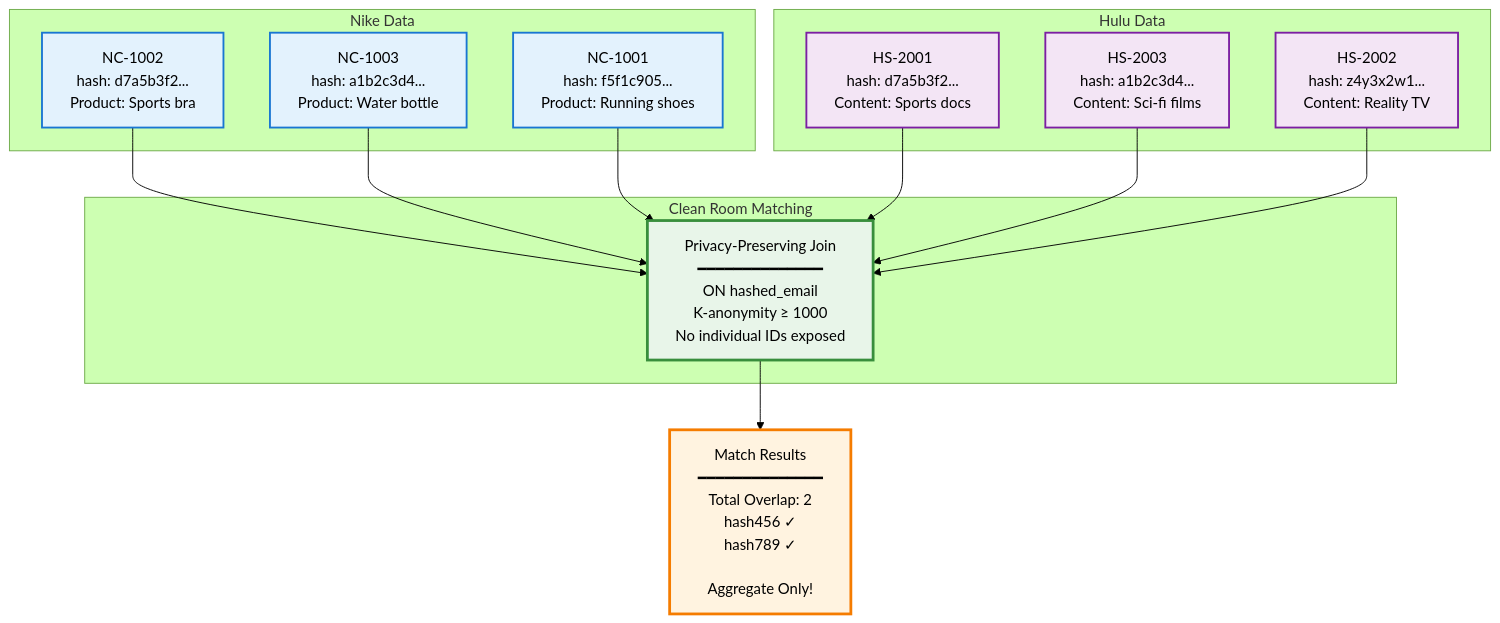
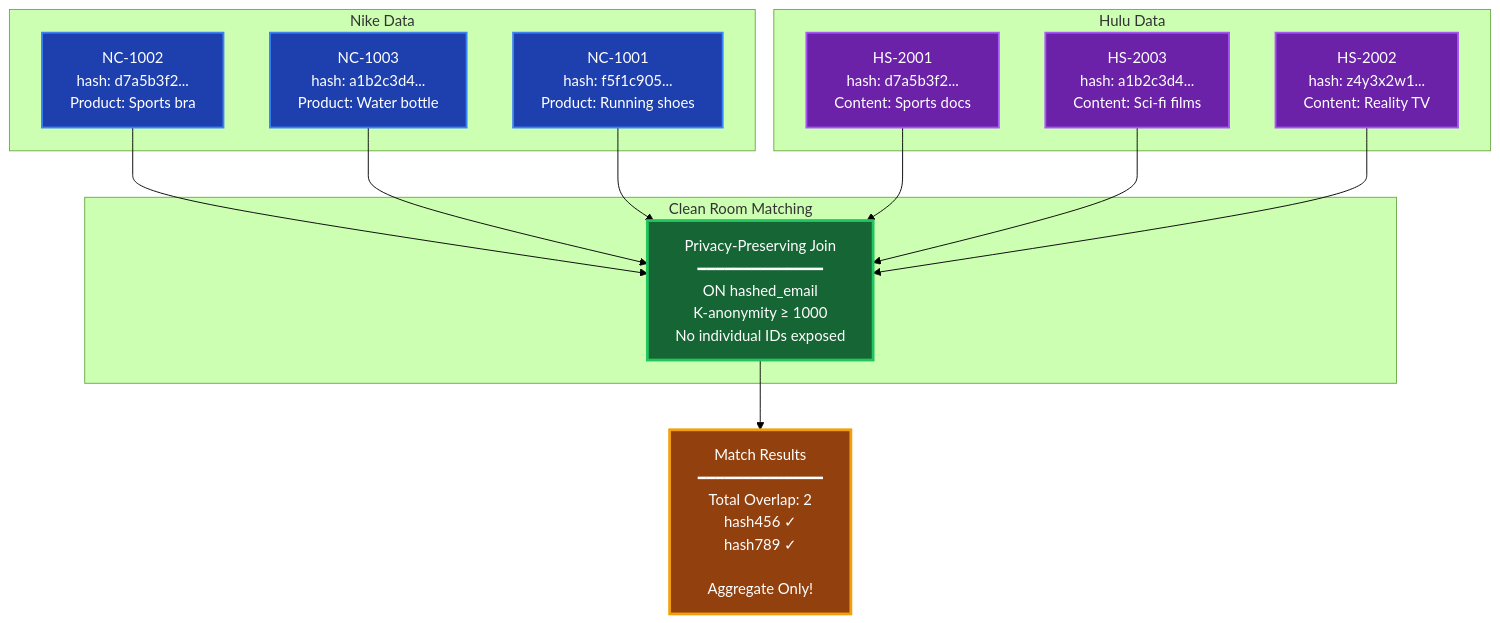
Before and after one commit to arupsarkar-sfdc/Misc: the fifth of 10 diagrams in data-cloud/clean-room/README_DataCloud_Clean_Room_Architecture.md, drawn with Mermaid (forest theme). The commit also changed other lines of this file and 4 other files, not shown here.

Commit message:
feat: addred segmentation logic and updated process diagrams and sequence diagram with dark mode colors and sequence steps

````diff
--- a/data-cloud/clean-room/README_DataCloud_Clean_Room_Architecture.md
+++ b/data-cloud/clean-room/README_DataCloud_Clean_Room_Architecture.md
@@ -161,36 +161,36 @@
 ```mermaid
 graph TB
     subgraph "Nike Data"
         N1["NC-1002<br/>hash: d7a5b3f2...<br/>Product: Sports bra"]
         N2["NC-1003<br/>hash: a1b2c3d4...<br/>Product: Water bottle"]
         N3["NC-1001<br/>hash: f5f1c905...<br/>Product: Running shoes"]
     end
     
     subgraph "Clean Room Matching"
         MATCH["Privacy-Preserving Join<br/>━━━━━━━━━━━━━━<br/>ON hashed_email<br/>K-anonymity ≥ 1000<br/>No individual IDs exposed"]
     end
     
     subgraph "Hulu Data"
         H1["HS-2001<br/>hash: d7a5b3f2...<br/>Content: Sports docs"]
         H2["HS-2003<br/>hash: a1b2c3d4...<br/>Content: Sci-fi films"]
         H3["HS-2002<br/>hash: z4y3x2w1...<br/>Content: Reality TV"]
     end
     
     N1 --> MATCH
     N2 --> MATCH
     N3 --> MATCH
     H1 --> MATCH
     H2 --> MATCH
     H3 --> MATCH
     
     MATCH --> RESULT["Match Results<br/>━━━━━━━━━━━━━━<br/>Total Overlap: 2<br/>hash456 ✓<br/>hash789 ✓<br/><br/>Aggregate Only!"]
     
-    style N1 fill:#e3f2fd,stroke:#1976d2,stroke-width:2px
-    style N2 fill:#e3f2fd,stroke:#1976d2,stroke-width:2px
-    style N3 fill:#e3f2fd,stroke:#1976d2,stroke-width:2px
-    style H1 fill:#f3e5f5,stroke:#7b1fa2,stroke-width:2px
-    style H2 fill:#f3e5f5,stroke:#7b1fa2,stroke-width:2px
-    style H3 fill:#f3e5f5,stroke:#7b1fa2,stroke-width:2px
-    style MATCH fill:#e8f5e9,stroke:#388e3c,stroke-width:3px
-    style RESULT fill:#fff3e0,stroke:#f57c00,stroke-width:3px
+    style N1 fill:#1e40af,stroke:#3b82f6,stroke-width:2px,color:#ffffff
+    style N2 fill:#1e40af,stroke:#3b82f6,stroke-width:2px,color:#ffffff
+    style N3 fill:#1e40af,stroke:#3b82f6,stroke-width:2px,color:#ffffff
+    style H1 fill:#6b21a8,stroke:#a855f7,stroke-width:2px,color:#ffffff
+    style H2 fill:#6b21a8,stroke:#a855f7,stroke-width:2px,color:#ffffff
+    style H3 fill:#6b21a8,stroke:#a855f7,stroke-width:2px,color:#ffffff
+    style MATCH fill:#166534,stroke:#22c55e,stroke-width:3px,color:#ffffff
+    style RESULT fill:#92400e,stroke:#f59e0b,stroke-width:3px,color:#ffffff
 ```
````
